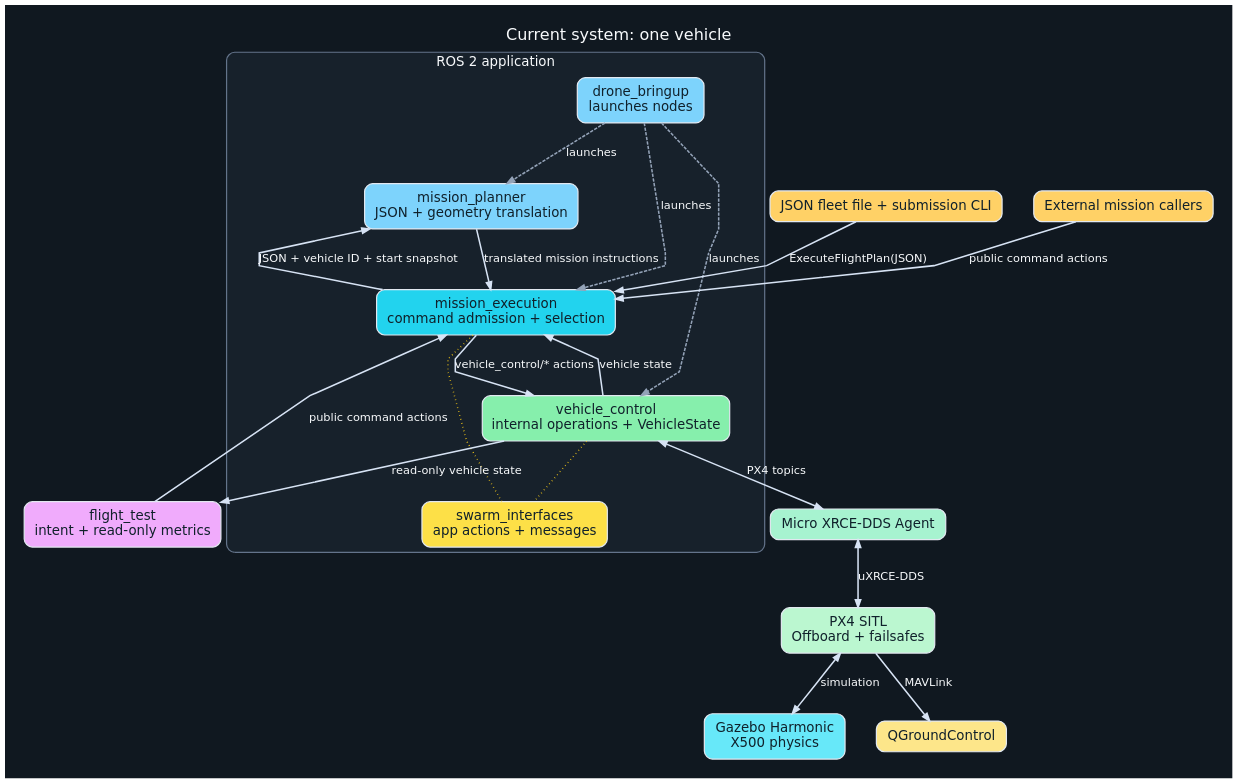
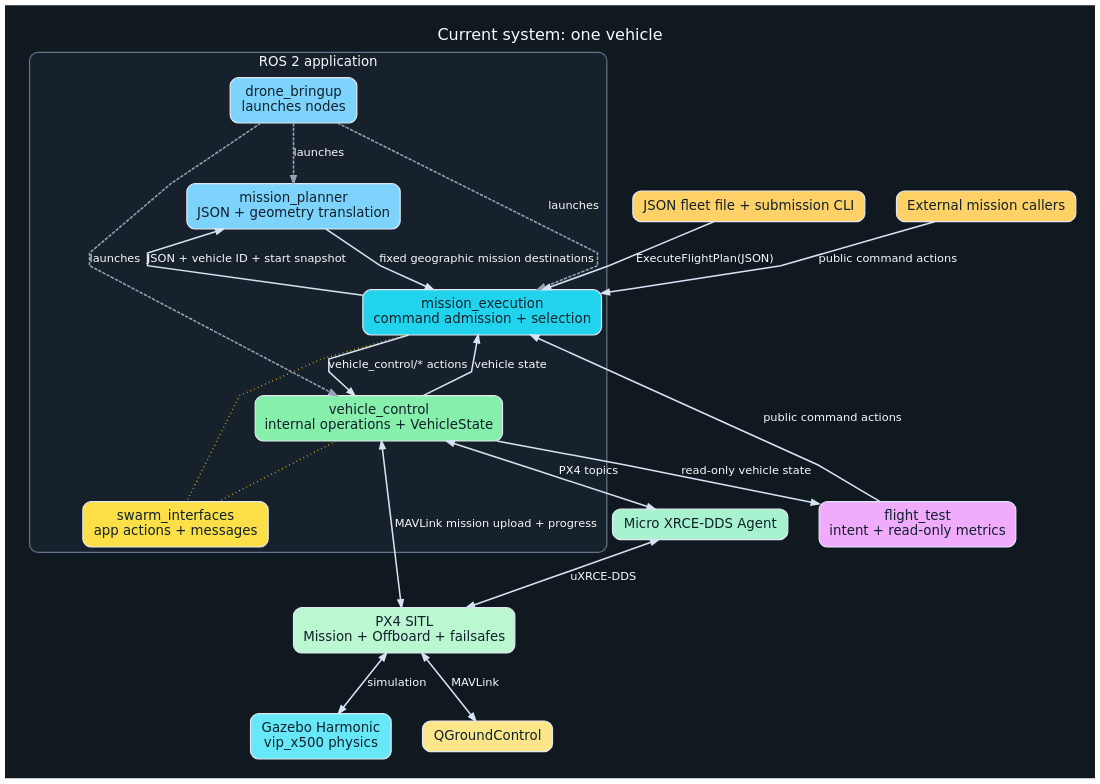
Before and after one commit to VIP-FLIE/DroneSwarming: the diagram in docs/architecture/current-system.dot, drawn with Graphviz. The commit also changed 90 other files, not shown here.

```diff
--- a/docs/architecture/current-system.dot
+++ b/docs/architecture/current-system.dot
@@ -1,78 +1,79 @@
 digraph CurrentSystem {
   graph [
     bgcolor="#101820",
     fontcolor="#f8fafc",
     fontname="DejaVu Sans",
     fontsize=24,
     label="Current system: one vehicle",
     labelloc=t,
     pad=0.4,
     rankdir=TB,
     ranksep=1.0,
     nodesep=0.65,
     splines=polyline
   ];
   node [
     color="#e2e8f0",
     fontcolor="#10212b",
     fontname="DejaVu Sans",
     fontsize=20,
     margin="0.24,0.16",
     penwidth=1.8,
     shape=box,
     style="rounded,filled"
   ];
   edge [
     color="#d7e3f4",
     fontcolor="#f8fafc",
     fontname="DejaVu Sans",
     fontsize=17,
     penwidth=2.3,
     arrowsize=1.15
   ];
 
   subgraph cluster_application {
     label="ROS 2 application";
     color="#64748b";
     fillcolor="#17212b";
     fontcolor="#f8fafc";
     fontname="DejaVu Sans";
     fontsize=20;
     penwidth=1.8;
     style="rounded,filled";
 
     bringup [label="drone_bringup\nlaunches nodes", fillcolor="#7dd3fc"];
     planner [label="mission_planner\nJSON + geometry translation", fillcolor="#7dd3fc"];
     mission [label="mission_execution\ncommand admission + selection", fillcolor="#22d3ee"];
     control [label="vehicle_control\ninternal operations + VehicleState", fillcolor="#86efac"];
     interfaces [label="swarm_interfaces\napp actions + messages", fillcolor="#fde047"];
   }
 
   file [label="JSON fleet file + submission CLI", fillcolor="#ffd166"];
   caller [label="External mission callers", fillcolor="#ffd166"];
   tests [label="flight_test\nintent + read-only metrics", fillcolor="#f0abfc"];
 
   agent [label="Micro XRCE-DDS Agent", fillcolor="#a7f3d0"];
-  px4 [label="PX4 SITL\nOffboard + failsafes", fillcolor="#bbf7d0"];
-  gazebo [label="Gazebo Harmonic\nX500 physics", fillcolor="#67e8f9"];
+  px4 [label="PX4 SITL\nMission + Offboard + failsafes", fillcolor="#bbf7d0"];
+  gazebo [label="Gazebo Harmonic\nvip_x500 physics", fillcolor="#67e8f9"];
   qgc [label="QGroundControl", fillcolor="#fde68a"];
 
   file -> mission [label="ExecuteFlightPlan(JSON)"];
   mission -> planner [label="JSON + vehicle ID + start snapshot"];
-  planner -> mission [label="translated mission instructions"];
+  planner -> mission [label="fixed geographic mission destinations"];
   bringup -> planner [label="launches", style=dashed, color="#94a3b8"];
   caller -> mission [label="public command actions"];
   tests -> mission [label="public command actions"];
   control -> tests [label="read-only vehicle state"];
   mission -> control [label="vehicle_control/* actions"];
   control -> mission [label="vehicle state"];
   bringup -> mission [label="launches", style=dashed, color="#94a3b8"];
   bringup -> control [label="launches", style=dashed, color="#94a3b8"];
   mission -> interfaces [style=dotted, dir=none, color="#facc15"];
   control -> interfaces [style=dotted, dir=none, color="#facc15"];
 
+  control -> px4 [dir=both, label="MAVLink mission upload + progress"];
   control -> agent [dir=both, label="PX4 topics"];
   agent -> px4 [dir=both, label="uXRCE-DDS"];
   px4 -> gazebo [dir=both, label="simulation"];
-  px4 -> qgc [label="MAVLink"];
+  px4 -> qgc [dir=both, label="MAVLink"];
 }
```
